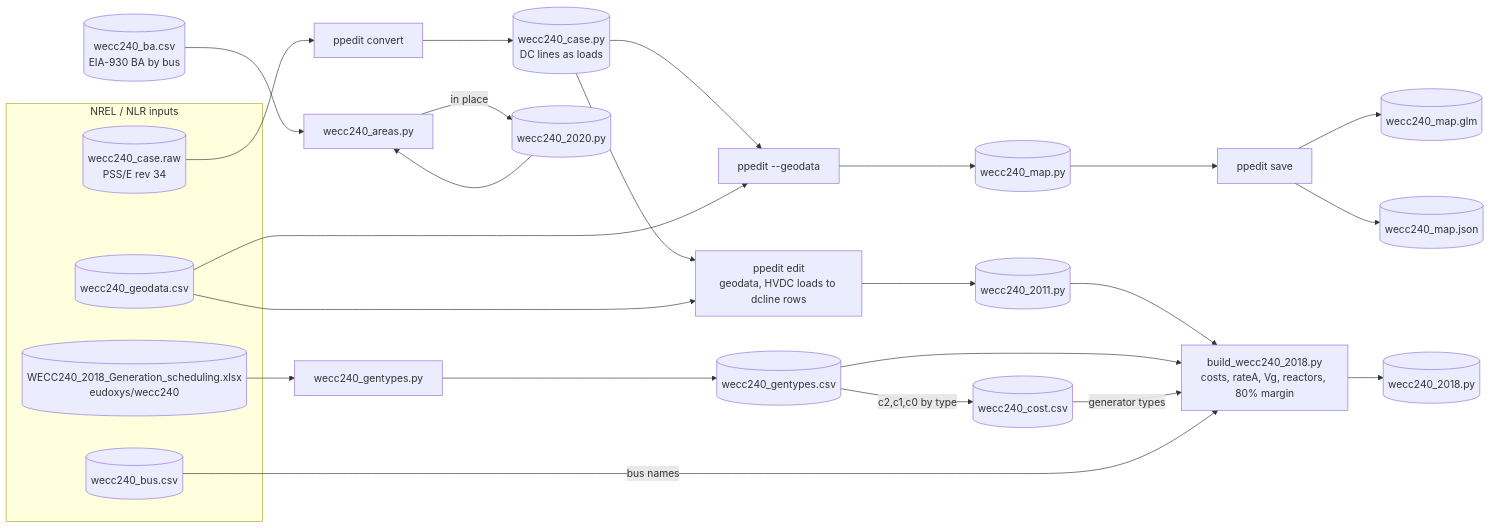
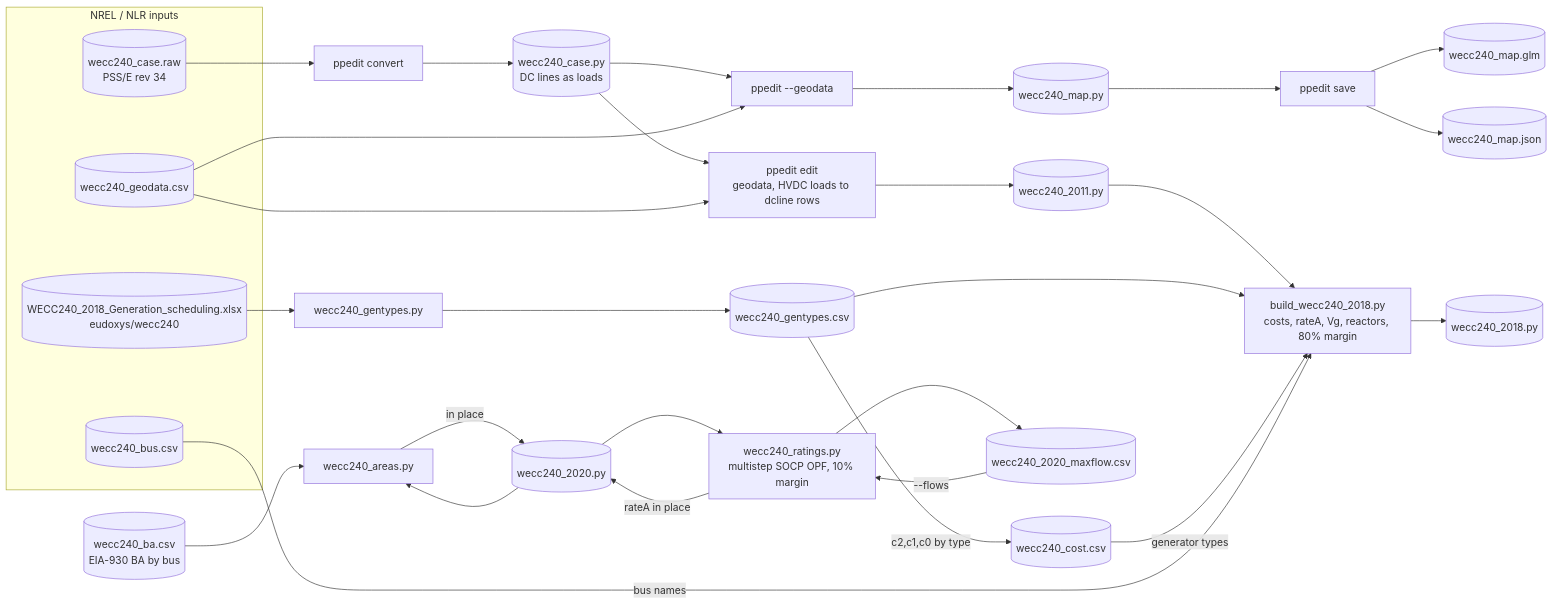
Before and after one commit to eudoxys/ppedit: the diagram in examples/wecc240/README.md, drawn with Mermaid. The commit also changed other lines of this file and 4 other files, not shown here.

First line of the commit message:
Set WECC 240 2020 branch ratings 10% above August 2020 multistep SOCP OPF flows

````diff
--- a/examples/wecc240/README.md
+++ b/examples/wecc240/README.md
@@ -17,37 +17,41 @@
 ```mermaid
 flowchart LR
     subgraph nrel[NREL / NLR inputs]
         raw[(wecc240_case.raw<br>PSS/E rev 34)]
         xlsx[(WECC240_2018_Generation_scheduling.xlsx<br>eudoxys/wecc240)]
         bus[(wecc240_bus.csv)]
         geo[(wecc240_geodata.csv)]
     end
 
     raw --> convert[ppedit convert]
     convert --> case[(wecc240_case.py<br>DC lines as loads)]
 
     case --> addgeo[ppedit --geodata]
     geo --> addgeo
     addgeo --> map[(wecc240_map.py)]
     map --> save[ppedit save]
     save --> mapglm[(wecc240_map.glm)]
     save --> mapjson[(wecc240_map.json)]
 
     case --> dclines[ppedit edit<br>geodata, HVDC loads to dcline rows]
     geo --> dclines
     dclines --> c2011[(wecc240_2011.py)]
 
     xlsx --> gentypes[wecc240_gentypes.py]
     gentypes --> types[(wecc240_gentypes.csv)]
     types -->|c2,c1,c0 by type| cost[(wecc240_cost.csv)]
 
     c2011 --> build[build_wecc240_2018.py<br>costs, rateA, Vg, reactors, 80% margin]
     types --> build
     cost -->|generator types| build
     bus -->|bus names| build
     build --> c2018[(wecc240_2018.py)]
 
     ba[(wecc240_ba.csv<br>EIA-930 BA by bus)] --> areas[wecc240_areas.py]
     c2020[(wecc240_2020.py)] --> areas
     areas -->|in place| c2020
+    c2020 --> ratings[wecc240_ratings.py<br>multistep SOCP OPF, 10% margin]
+    ratings --> maxflow[(wecc240_2020_maxflow.csv)]
+    maxflow -->|--flows| ratings
+    ratings -->|rateA in place| c2020
 ```
````
